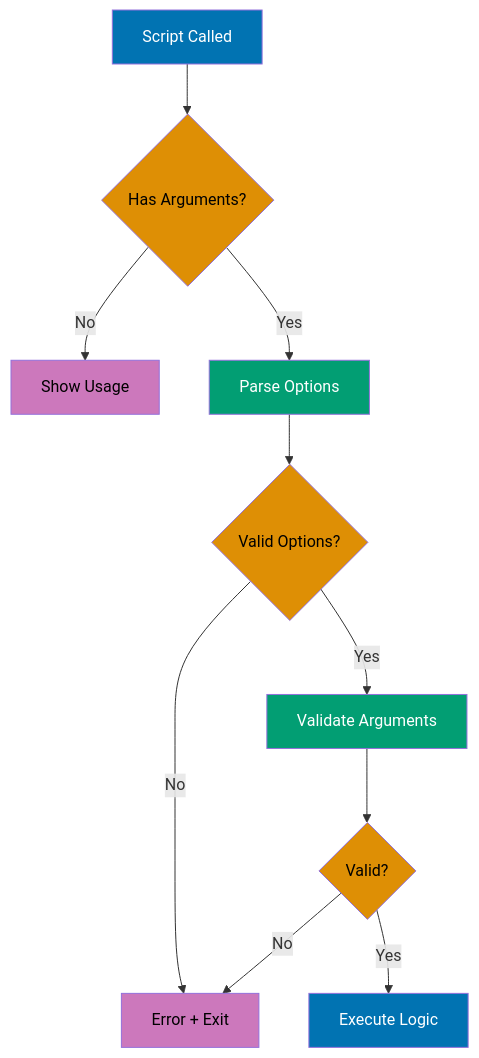
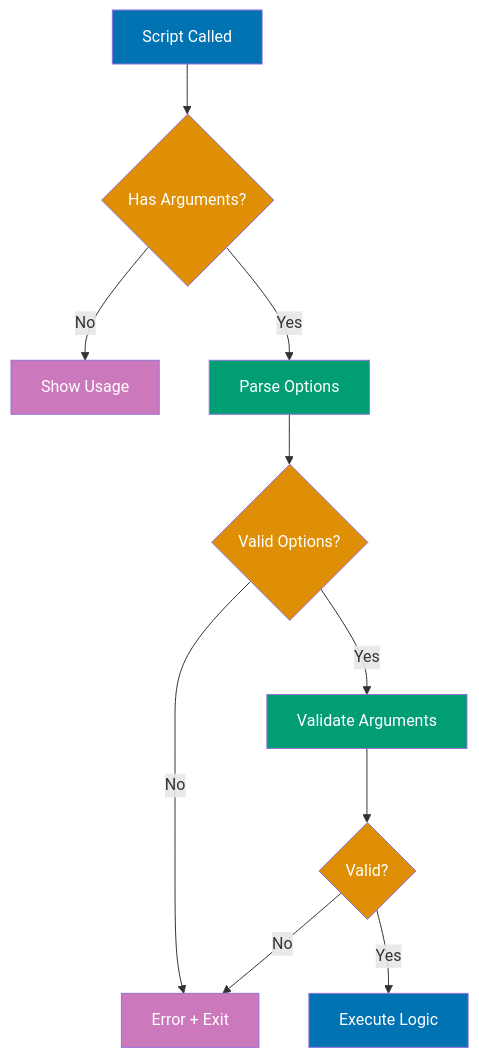
The first of 4 diagrams in apps/ayokoding-web/content/en/learn/software-engineering/platform-linux/tools/shell/by-example/intermediate.md (wahidyankf/open-sharia-enterprise), drawn with Mermaid before and after one commit. The commit also changed other lines of this file and 61 other files, not shown here.

First line of the commit message:
fix(ayokoding-web): quote Mermaid node labels with special characters in Example 63

````diff
--- a/apps/ayokoding-web/content/en/learn/software-engineering/platform-linux/tools/shell/by-example/intermediate.md
+++ b/apps/ayokoding-web/content/en/learn/software-engineering/platform-linux/tools/shell/by-example/intermediate.md
@@ -176,23 +176,23 @@
 ```mermaid
 %% Argument parsing flow
 graph TD
     A[Script Called] --> B{Has Arguments?}
     B -->|No| C[Show Usage]
     B -->|Yes| D[Parse Options]
     D --> E{Valid Options?}
     E -->|No| F[Error + Exit]
     E -->|Yes| G[Validate Arguments]
     G --> H{Valid?}
     H -->|No| F
     H -->|Yes| I[Execute Logic]
 
     style A fill:#0173B2,color:#fff
-    style B fill:#DE8F05,color:#000
-    style C fill:#CC78BC,color:#000
+    style B fill:#DE8F05,color:#fff
+    style C fill:#CC78BC,color:#fff
     style D fill:#029E73,color:#fff
-    style E fill:#DE8F05,color:#000
-    style F fill:#CC78BC,color:#000
+    style E fill:#DE8F05,color:#fff
+    style F fill:#CC78BC,color:#fff
     style G fill:#029E73,color:#fff
-    style H fill:#DE8F05,color:#000
+    style H fill:#DE8F05,color:#fff
     style I fill:#0173B2,color:#fff
 ```
````
